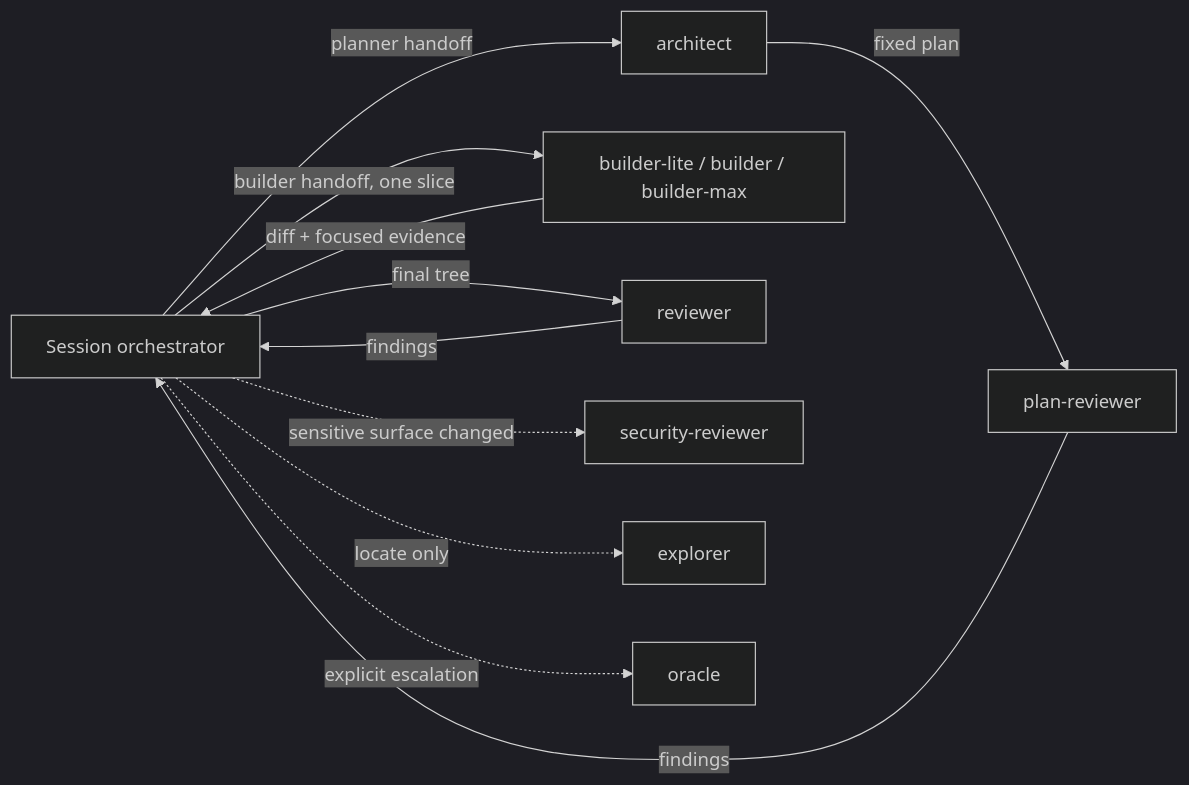
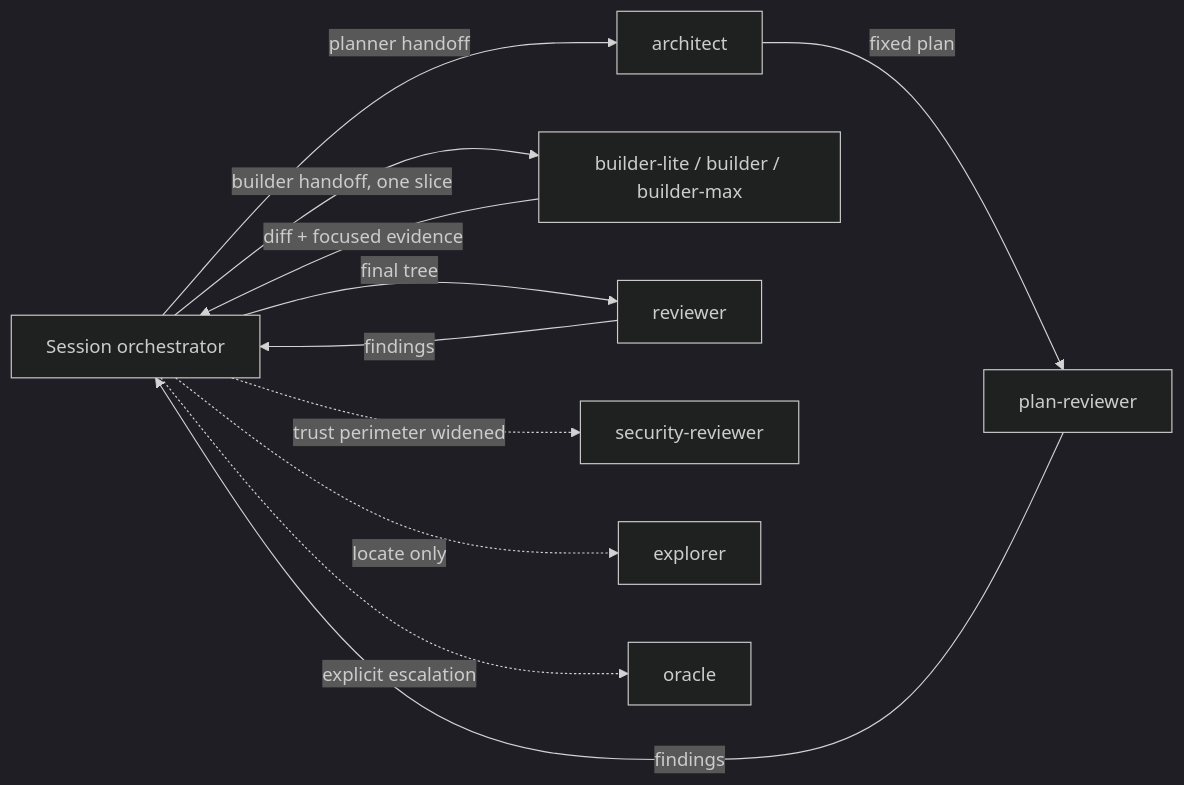
One commit to zaingulel/RentCottage changed the first of 3 diagrams in docs/AI-WORKFLOW.md. Above: the diagram before and after it, drawn with Mermaid (dark theme). The commit also changed other lines of this file and 75 other files, not shown here.

First line of the commit message:
Sync the shared workflow from Flowgauge and turn on the git hooks (#371)

````diff
--- a/docs/AI-WORKFLOW.md
+++ b/docs/AI-WORKFLOW.md
@@ -57,14 +60,14 @@
 ```mermaid
 flowchart LR
     O[Session orchestrator]
     O -->|planner handoff| A[architect]
     A -->|fixed plan| PR[plan-reviewer]
     PR -->|findings| O
     O -->|builder handoff, one slice| B[builder-lite / builder / builder-max]
     B -->|diff + focused evidence| O
     O -->|final tree| R[reviewer]
     R -->|findings| O
-    O -.->|sensitive surface changed| S[security-reviewer]
+    O -.->|trust perimeter widened| S[security-reviewer]
     O -.->|locate only| E[explorer]
     O -.->|explicit escalation| X[oracle]
 ```
````
